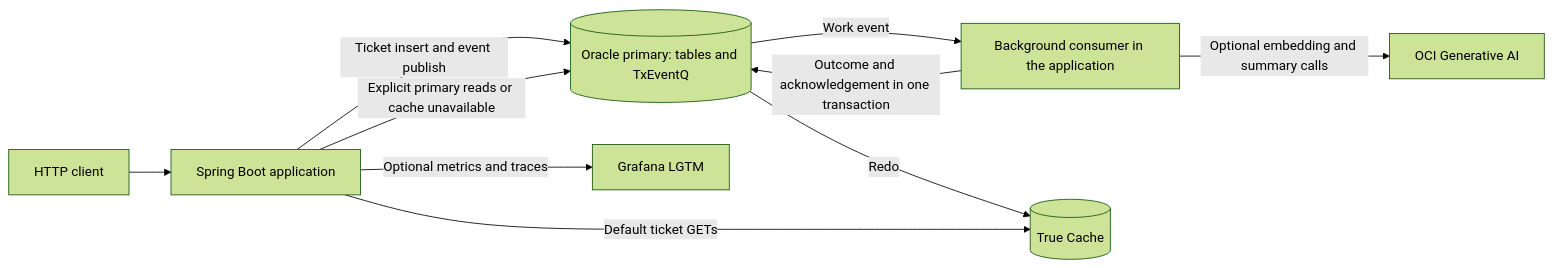
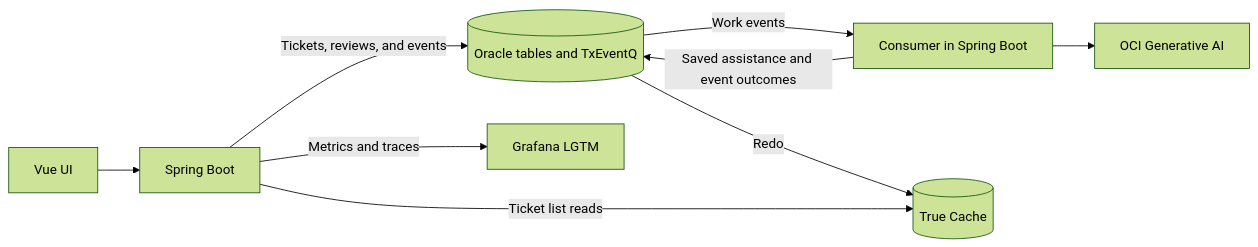
The diagram in customer-support-lab-v2/README.md (oracle/microservices-datadriven), drawn with Mermaid (forest theme) before and after one commit. The commit also changed other lines of this file and 13 other files, not shown here.

````diff
--- a/customer-support-lab-v2/README.md
+++ b/customer-support-lab-v2/README.md
@@ -22,12 +15,11 @@
 ```mermaid
 flowchart LR
-    Client[HTTP client] --> App[Spring Boot application]
-    App -->|Ticket insert and event publish| Primary[(Oracle primary: tables and TxEventQ)]
-    Primary -->|Work event| Consumer[Background consumer in the application]
-    Consumer -->|Outcome and acknowledgement in one transaction| Primary
-    Consumer -->|Optional embedding and summary calls| OCI[OCI Generative AI]
-    Primary -->|Redo| Cache[(True Cache)]
-    App -->|Default ticket GETs| Cache
-    App -->|Explicit primary reads or cache unavailable| Primary
-    App -->|Optional metrics and traces| LGTM[Grafana LGTM]
+    UI[Vue UI] --> App[Spring Boot]
+    App -->|Tickets, reviews, and events| DB[(Oracle tables and TxEventQ)]
+    DB -->|Work events| Consumer[Consumer in Spring Boot]
+    Consumer --> OCI[OCI Generative AI]
+    Consumer -->|Saved assistance and event outcomes| DB
+    DB -->|Redo| Cache[(True Cache)]
+    App -->|Ticket list reads| Cache
+    App -->|Metrics and traces| Grafana[Grafana LGTM]
 ```
````
